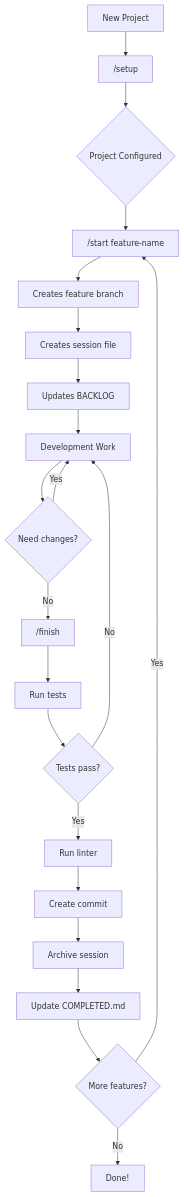
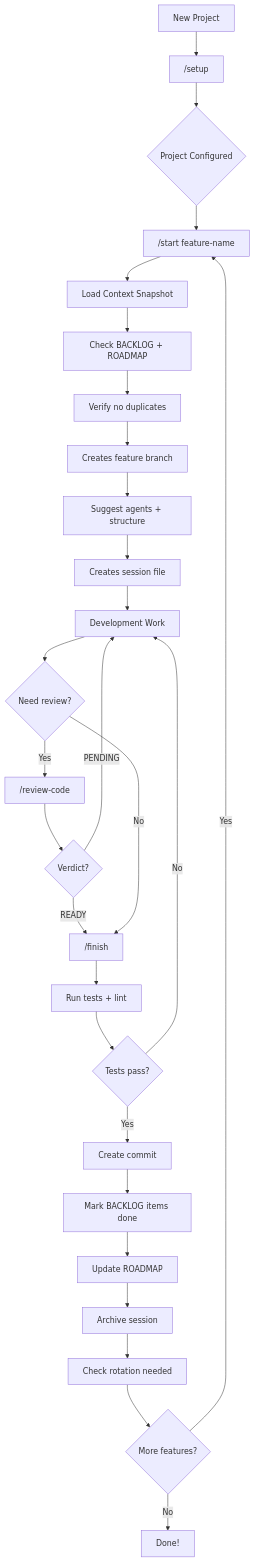
The first of 6 diagrams in README.md (brujoh88/workflowIA), drawn with Mermaid before and after one commit. The commit also changed other lines of this file and 23 other files, not shown here.

````diff
--- a/README.md
+++ b/README.md
@@ -57,26 +71,33 @@
 ```mermaid
 flowchart TD
     A[New Project] --> B["`/setup`"]
     B --> C{Project Configured}
 
     C --> D["`/start feature-name`"]
-    D --> E[Creates feature branch]
-    E --> F[Creates session file]
-    F --> G[Updates BACKLOG]
+    D --> D1[Load Context Snapshot]
+    D1 --> D2[Check BACKLOG + ROADMAP]
+    D2 --> D3[Verify no duplicates]
+    D3 --> E[Creates feature branch]
+    E --> F[Suggest agents + structure]
+    F --> G[Creates session file]
     G --> H[Development Work]
 
-    H --> I{Need changes?}
-    I -->|Yes| H
+    H --> I{Need review?}
+    I -->|Yes| I2["`/review-code`"]
+    I2 --> I3{Verdict?}
+    I3 -->|READY| J
+    I3 -->|PENDING| H
     I -->|No| J["`/finish`"]
 
-    J --> K[Run tests]
+    J --> K[Run tests + lint]
     K --> L{Tests pass?}
     L -->|No| H
-    L -->|Yes| M[Run linter]
-    M --> N[Create commit]
-    N --> O[Archive session]
-    O --> P[Update COMPLETED.md]
-    P --> Q{More features?}
-    Q -->|Yes| D
-    Q -->|No| R[Done!]
+    L -->|Yes| M[Create commit]
+    M --> N[Mark BACKLOG items done]
+    N --> O[Update ROADMAP]
+    O --> P[Archive session]
+    P --> Q[Check rotation needed]
+    Q --> R{More features?}
+    R -->|Yes| D
+    R -->|No| S[Done!]
 ```
````
